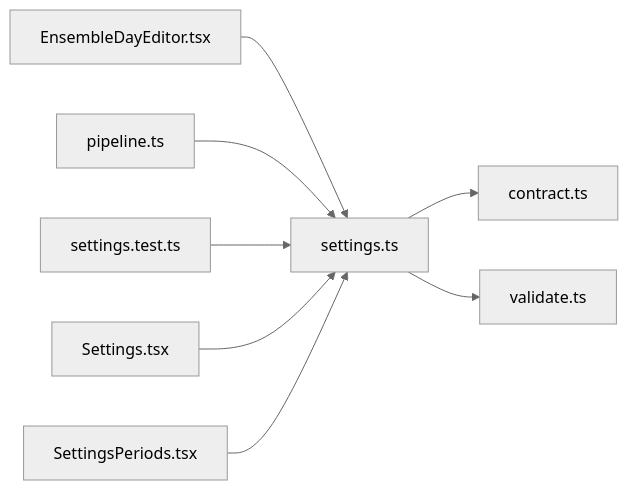
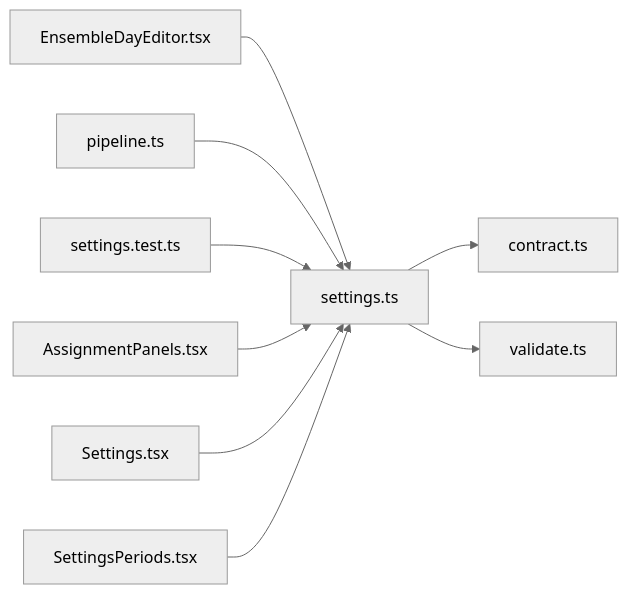
One commit to minkong-dev/Banblit changed the diagram in .cluedoc/graph/frontend/src/lib/settings.md. Above: the diagram before and after it, drawn with Mermaid (neutral theme). The commit also changed other lines of this file and 9 other files, not shown here.

Commit message:
frontend: move the unfix button to the assignment result screen

````diff
--- a/.cluedoc/graph/frontend/src/lib/settings.md
+++ b/.cluedoc/graph/frontend/src/lib/settings.md
@@ -10,11 +10,12 @@
 ```mermaid
 flowchart LR
   frontend_src_lib_settings["settings.ts"]
   frontend_src_lib_settings --> frontend_src_lib_contract["contract.ts"]
   frontend_src_lib_settings --> frontend_src_lib_validate["validate.ts"]
   frontend_src_components_EnsembleDayEditor["EnsembleDayEditor.tsx"] --> frontend_src_lib_settings
   frontend_src_lib_pipeline["pipeline.ts"] --> frontend_src_lib_settings
   frontend_src_lib_settings_test["settings.test.ts"] --> frontend_src_lib_settings
+  frontend_src_routes_AssignmentPanels["AssignmentPanels.tsx"] --> frontend_src_lib_settings
   frontend_src_routes_Settings["Settings.tsx"] --> frontend_src_lib_settings
   frontend_src_routes_SettingsPeriods["SettingsPeriods.tsx"] --> frontend_src_lib_settings
 ```
````
